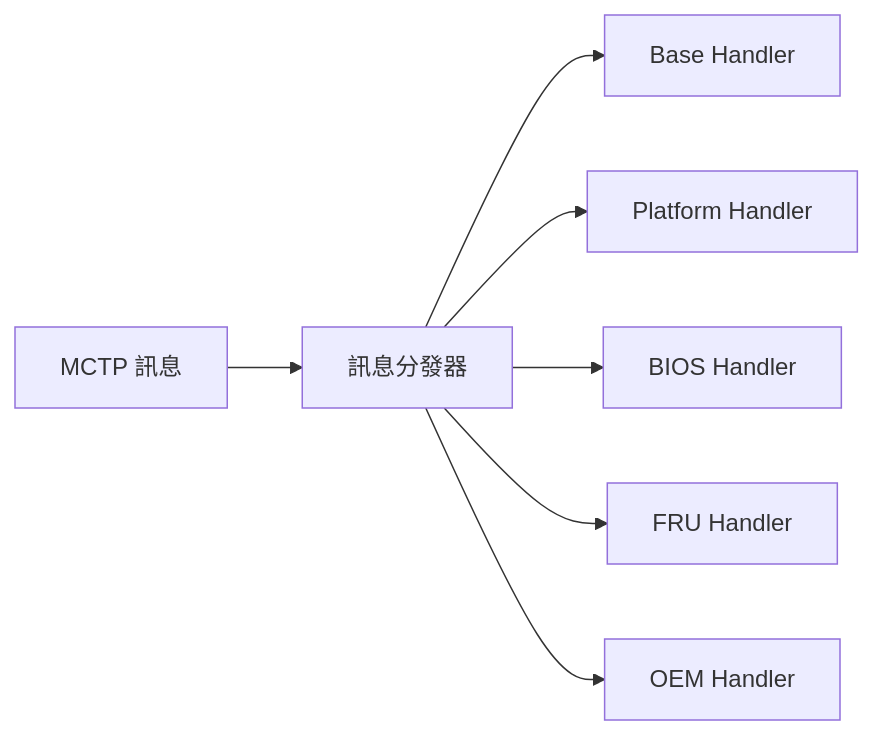
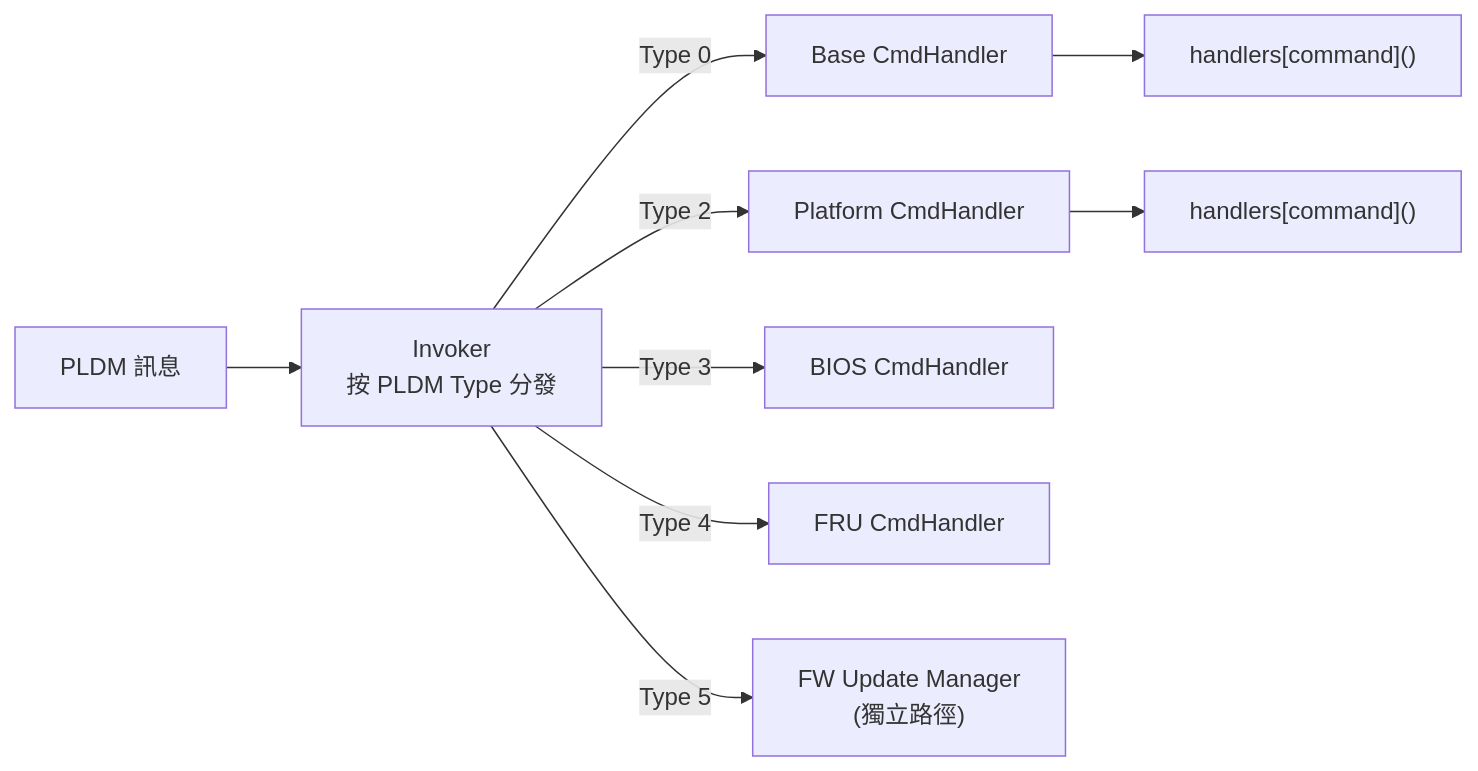
Before and after one commit to chilung-cgu/bmc-firmware-knowledge-base: the second of 3 diagrams in pldm/Pldmd.md, drawn with Mermaid. The commit also changed other lines of this file and 19 other files, not shown here.

First line of the commit message:
docs(mctp,pldm): 擴充與完善技術筆記

````diff
--- a/pldm/Pldmd.md
+++ b/pldm/Pldmd.md
@@ -79,10 +90,12 @@
 ```mermaid
 graph LR
-    MCTP["MCTP 訊息"]
-    MCTP --> Dispatch["訊息分發器"]
-    Dispatch --> Base["Base Handler"]
-    Dispatch --> Platform["Platform Handler"]
-    Dispatch --> BIOS["BIOS Handler"]
-    Dispatch --> FRU["FRU Handler"]
-    Dispatch --> OEM["OEM Handler"]
+    Msg["PLDM 訊息"] --> Invoker["Invoker<br/>按 PLDM Type 分發"]
+    Invoker -->|"Type 0"| Base["Base CmdHandler"]
+    Invoker -->|"Type 2"| Platform["Platform CmdHandler"]
+    Invoker -->|"Type 3"| BIOS["BIOS CmdHandler"]
+    Invoker -->|"Type 4"| FRU["FRU CmdHandler"]
+    Invoker -->|"Type 5"| FWUP["FW Update Manager<br/>(獨立路徑)"]
+
+    Base --> Cmd1["handlers[command]()"]
+    Platform --> Cmd2["handlers[command]()"]
 ```
````
